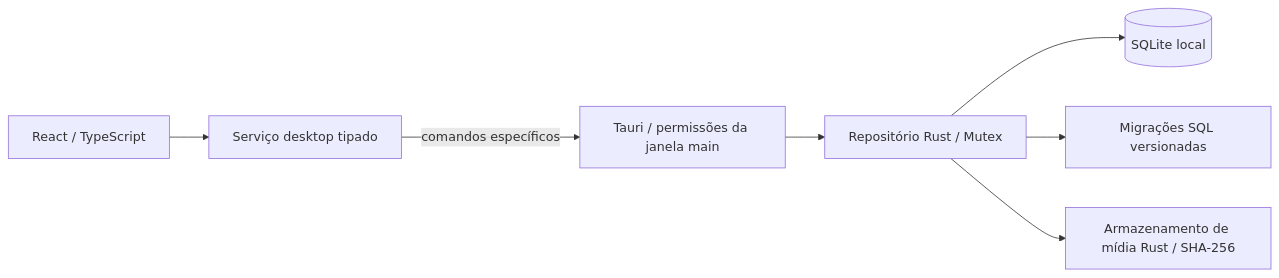
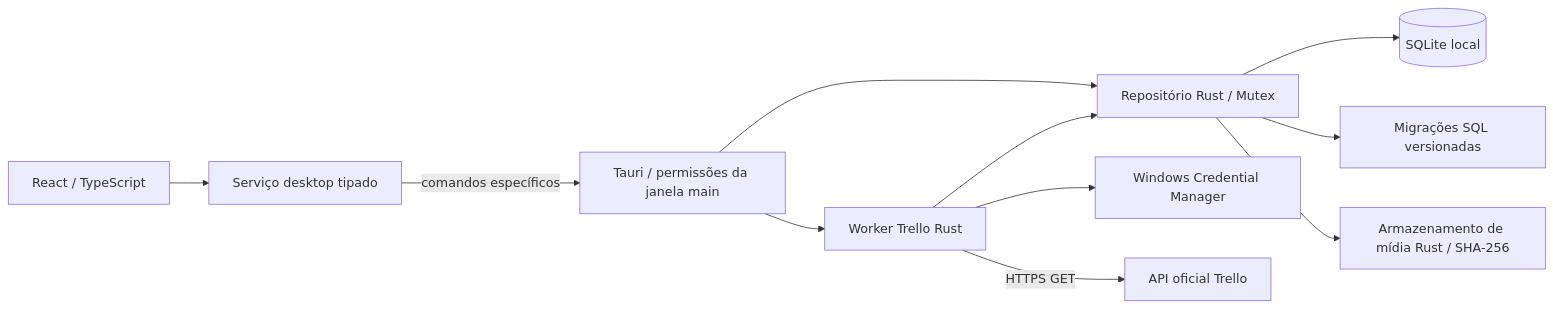
One commit to patrickbotarick/Social-Planner changed the diagram in docs/ARQUITETURA.md. Above: the diagram before and after it, drawn with Mermaid. The commit also changed other lines of this file and 51 other files, not shown here.

````diff
--- a/docs/ARQUITETURA.md
+++ b/docs/ARQUITETURA.md
@@ -7,9 +7,13 @@
 ```mermaid
 flowchart LR
   UI[React / TypeScript] --> Service[Serviço desktop tipado]
   Service -->|comandos específicos| IPC[Tauri / permissões da janela main]
   IPC --> Repo[Repositório Rust / Mutex]
+  IPC --> Worker[Worker Trello Rust]
+  Worker --> Vault[Windows Credential Manager]
+  Worker -->|HTTPS GET| Trello[API oficial Trello]
+  Worker --> Repo
   Repo --> DB[(SQLite local)]
   Repo --> Migration[Migrações SQL versionadas]
   Repo --> Media[Armazenamento de mídia Rust / SHA-256]
 ```
````
